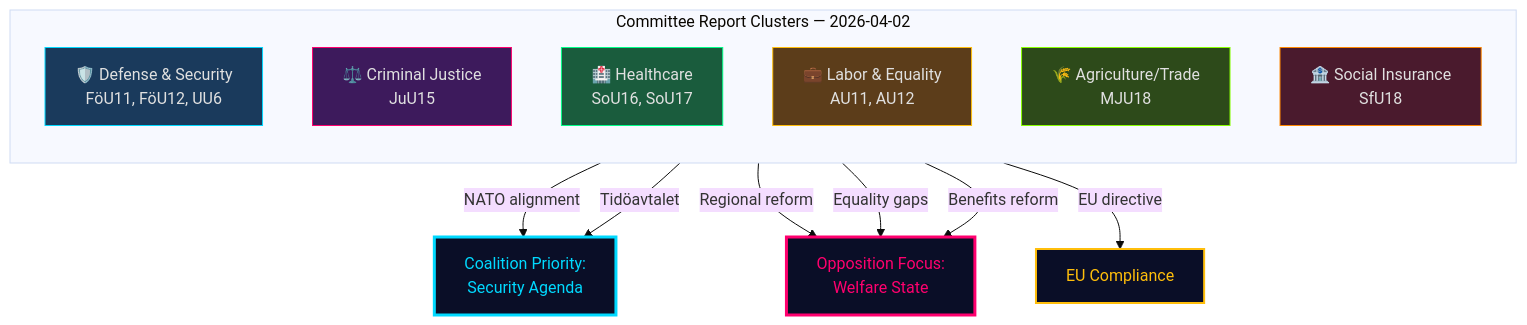
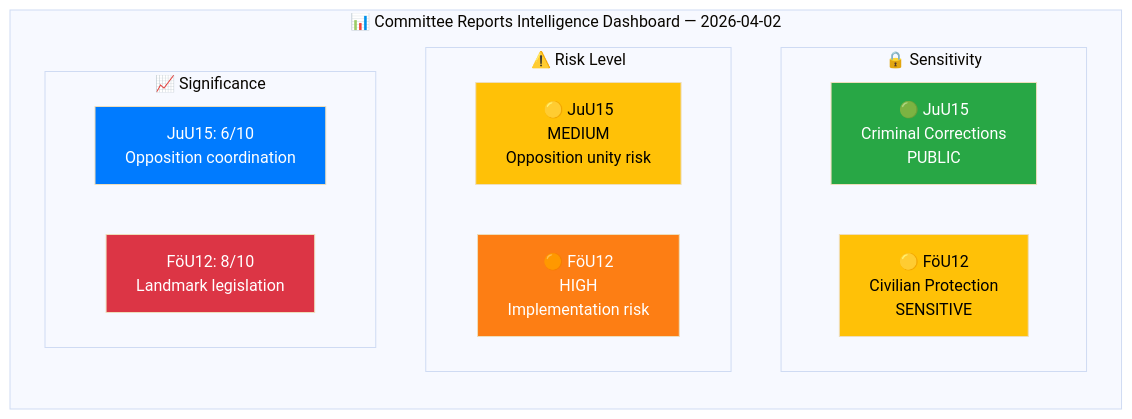
Before and after one commit to Hack23/riksdagsmonitor: the first of 2 diagrams in analysis/daily/2026-04-02/committeeReports/synthesis-summary.md, drawn with Mermaid (base theme). The commit also changed other lines of this file and 14 other files, not shown here.

First line of the commit message:
Add committee-reports articles and analysis artifacts for 2026-04-02

````diff
--- a/analysis/daily/2026-04-02/committeeReports/synthesis-summary.md
+++ b/analysis/daily/2026-04-02/committeeReports/synthesis-summary.md
@@ -12,29 +18,25 @@
 ```mermaid
 graph TD
-    subgraph "Committee Report Clusters — 2026-04-02"
+    subgraph "📊 Committee Reports Intelligence Dashboard — 2026-04-02"
         direction TB
-        A["🛡️ Defense & Security<br/>FöU11, FöU12, UU6"]:::security
-        B["⚖️ Criminal Justice<br/>JuU15"]:::justice
-        C["🏥 Healthcare<br/>SoU16, SoU17"]:::health
-        D["💼 Labor & Equality<br/>AU11, AU12"]:::labor
-        E["🌾 Agriculture/Trade<br/>MJU18"]:::trade
-        F["🏦 Social Insurance<br/>SfU18"]:::social
+        subgraph "🔒 Sensitivity"
+            SEN1["🟢 JuU15<br/>Criminal Corrections<br/>PUBLIC"]
+            SEN2["🟡 FöU12<br/>Civilian Protection<br/>SENSITIVE"]
+        end
+        subgraph "⚠️ Risk Level"
+            RSK1["🟡 JuU15<br/>MEDIUM<br/>Opposition unity risk"]
+            RSK2["🟠 FöU12<br/>HIGH<br/>Implementation risk"]
+        end
+        subgraph "📈 Significance"
+            SIG1["JuU15: 6/10<br/>Opposition coordination"]
+            SIG2["FöU12: 8/10<br/>Landmark legislation"]
+        end
     end
 
-    A -->|"NATO alignment"| G["Coalition Priority:<br/>Security Agenda"]:::highlight
-    B -->|"Tidöavtalet"| G
-    C -->|"Regional reform"| H["Opposition Focus:<br/>Welfare State"]:::opposition
-    D -->|"Equality gaps"| H
-    E -->|"EU directive"| I["EU Compliance"]:::eu
-    F -->|"Benefits reform"| H
-
-    classDef security fill:#1a3a5c,stroke:#00d9ff,color:#e0e0e0
-    classDef justice fill:#3d1a5c,stroke:#ff006e,color:#e0e0e0
-    classDef health fill:#1a5c3d,stroke:#00ff88,color:#e0e0e0
-    classDef labor fill:#5c3d1a,stroke:#ffbe0b,color:#e0e0e0
-    classDef trade fill:#2d4a1a,stroke:#88ff00,color:#e0e0e0
-    classDef social fill:#4a1a2d,stroke:#ff8800,color:#e0e0e0
-    classDef highlight fill:#0a0e27,stroke:#00d9ff,color:#00d9ff,stroke-width:3px
-    classDef opposition fill:#0a0e27,stroke:#ff006e,color:#ff006e,stroke-width:3px
-    classDef eu fill:#0a0e27,stroke:#ffbe0b,color:#ffbe0b,stroke-width:2px
+    style SEN1 fill:#28a745,color:#fff
+    style SEN2 fill:#ffc107,color:#000
+    style RSK1 fill:#ffc107,color:#000
+    style RSK2 fill:#fd7e14,color:#fff
+    style SIG1 fill:#007bff,color:#fff
+    style SIG2 fill:#dc3545,color:#fff
 ```
````
